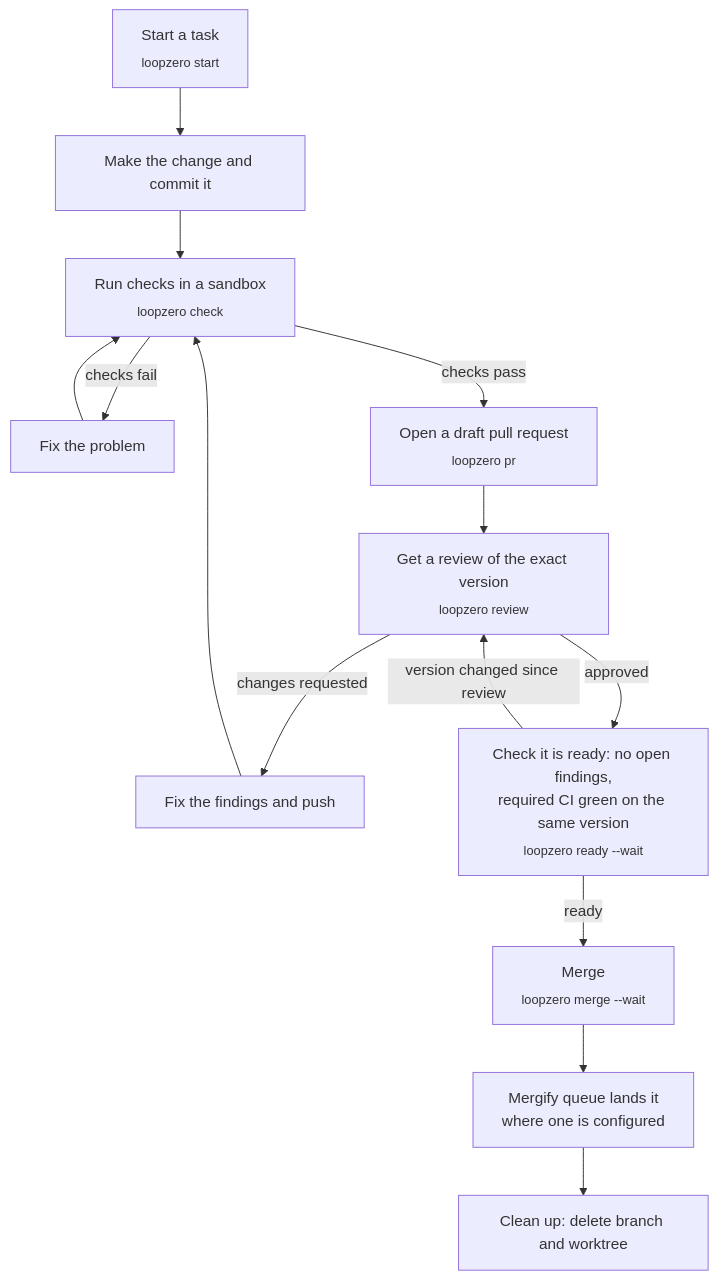
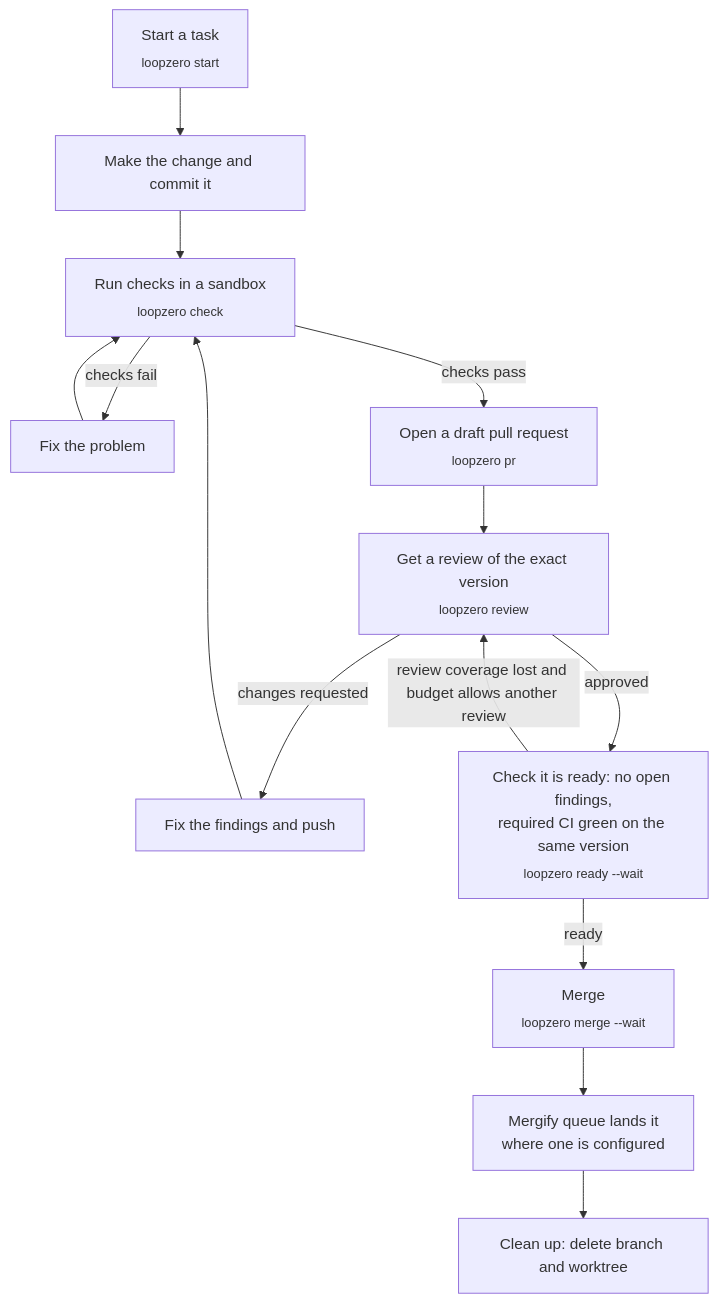
The first of 3 diagrams in docs/WORKFLOW.md (feder-positronics/loop-zero), drawn with Mermaid before and after one commit. The commit also changed other lines of this file and 1 other file, not shown here.

First line of the commit message:
Align delegation guidance with review reuse

````diff
--- a/docs/WORKFLOW.md
+++ b/docs/WORKFLOW.md
@@ -9,16 +9,16 @@
 ```mermaid
 flowchart TD
     A["Start a task<br/><sub>loopzero start</sub>"] --> B["Make the change and commit it"]
     B --> C["Run checks in a sandbox<br/><sub>loopzero check</sub>"]
     C -->|checks fail| D["Fix the problem"]
     D --> C
     C -->|checks pass| E["Open a draft pull request<br/><sub>loopzero pr</sub>"]
     E --> F["Get a review of the exact version<br/><sub>loopzero review</sub>"]
     F -->|changes requested| G["Fix the findings and push"]
     G --> C
     F -->|approved| H["Check it is ready: no open findings,<br/>required CI green on the same version<br/><sub>loopzero ready --wait</sub>"]
-    H -->|version changed since review| F
+    H -->|review coverage lost and budget allows another review| F
     H -->|ready| I["Merge<br/><sub>loopzero merge --wait</sub>"]
     I --> J["Mergify queue lands it<br/>where one is configured"]
     J --> K["Clean up: delete branch and worktree"]
 ```
````
